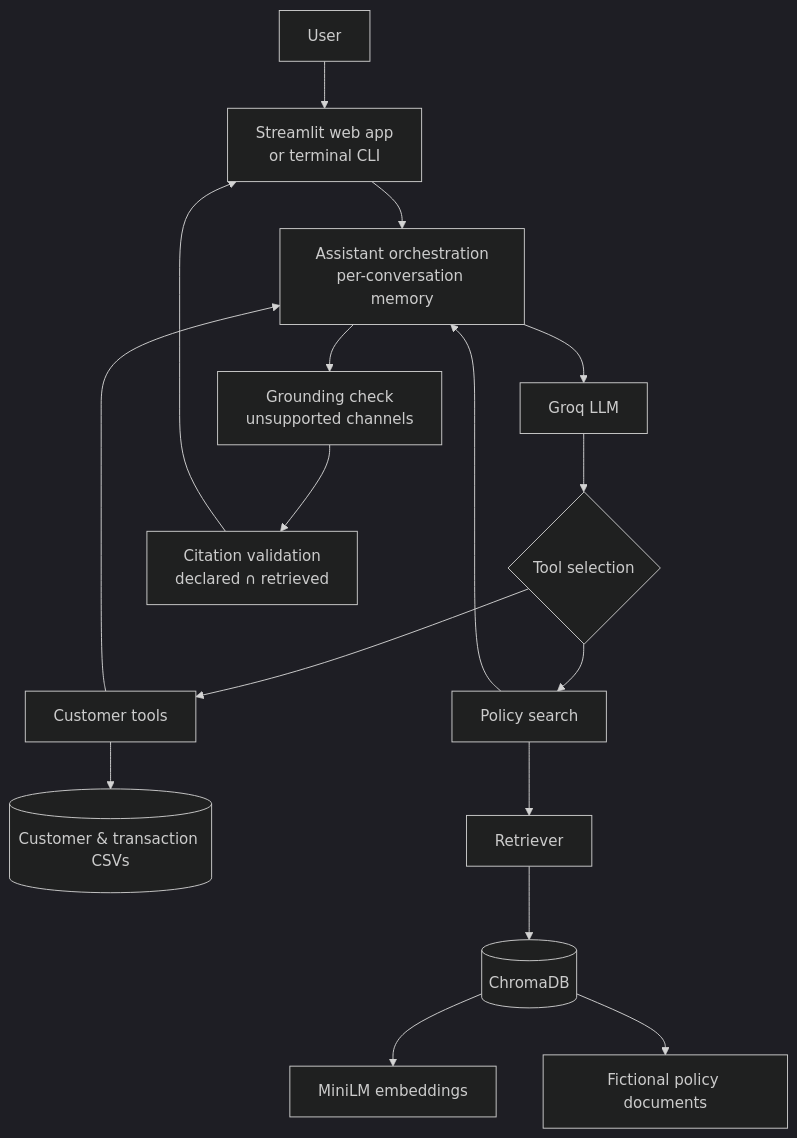
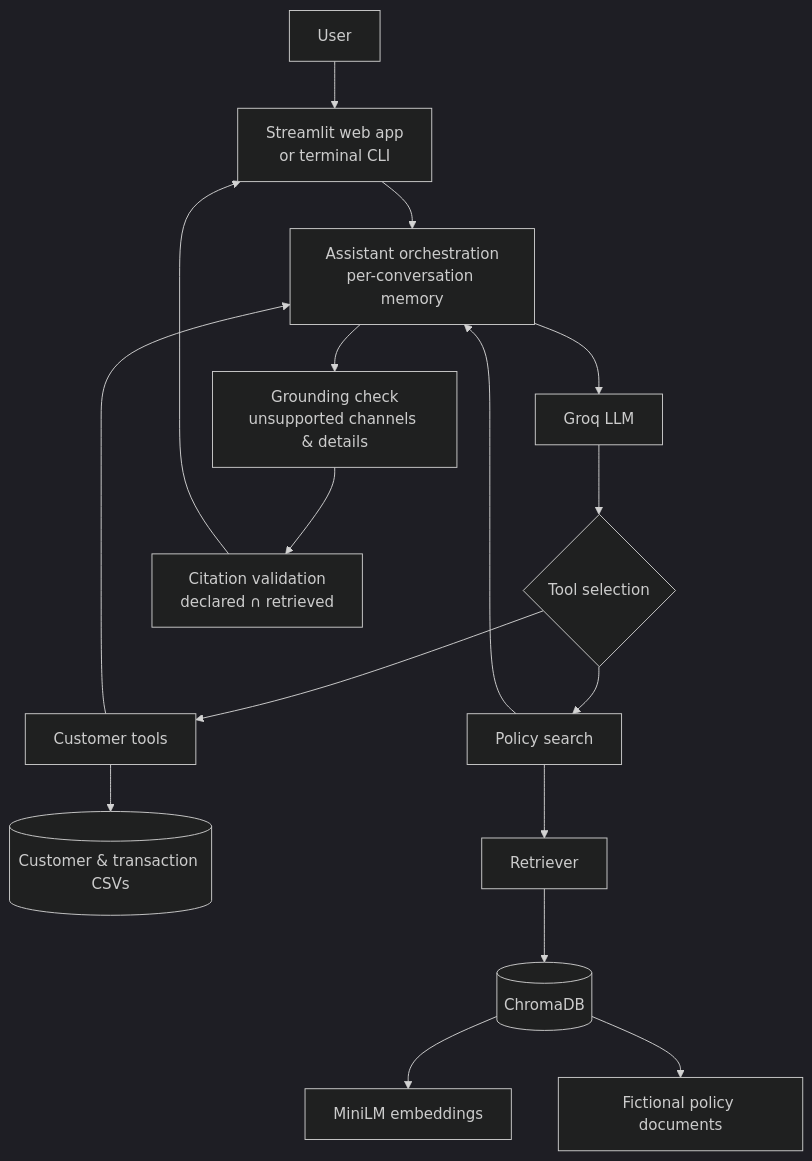
One commit to Sinon1310/BankMate changed the diagram in README.md. Above: the diagram before and after it, drawn with Mermaid (dark theme). The commit also changed other lines of this file and 22 other files, not shown here.

````diff
--- a/README.md
+++ b/README.md
@@ -33,22 +38,22 @@
 ```mermaid
 flowchart TD
     U[User] --> UI[Streamlit web app<br/>or terminal CLI]
     UI --> A[Assistant orchestration<br/>per-conversation memory]
     A --> L[Groq LLM]
     L --> T{Tool selection}
 
     T --> C[Customer tools]
     T --> P[Policy search]
 
     C --> D[(Customer & transaction CSVs)]
     P --> R[Retriever]
     R --> V[(ChromaDB)]
     V --> E[MiniLM embeddings]
     V --> K[Fictional policy documents]
 
     C --> A
     P --> A
-    A --> G[Grounding check<br/>unsupported channels]
+    A --> G[Grounding check<br/>unsupported channels & details]
     G --> S[Citation validation<br/>declared ∩ retrieved]
     S --> UI
 ```
````
